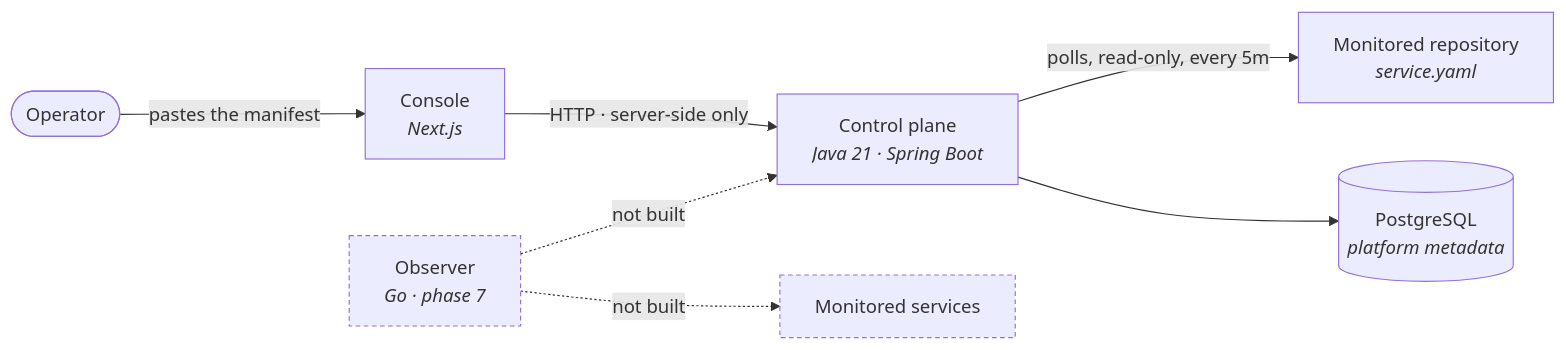
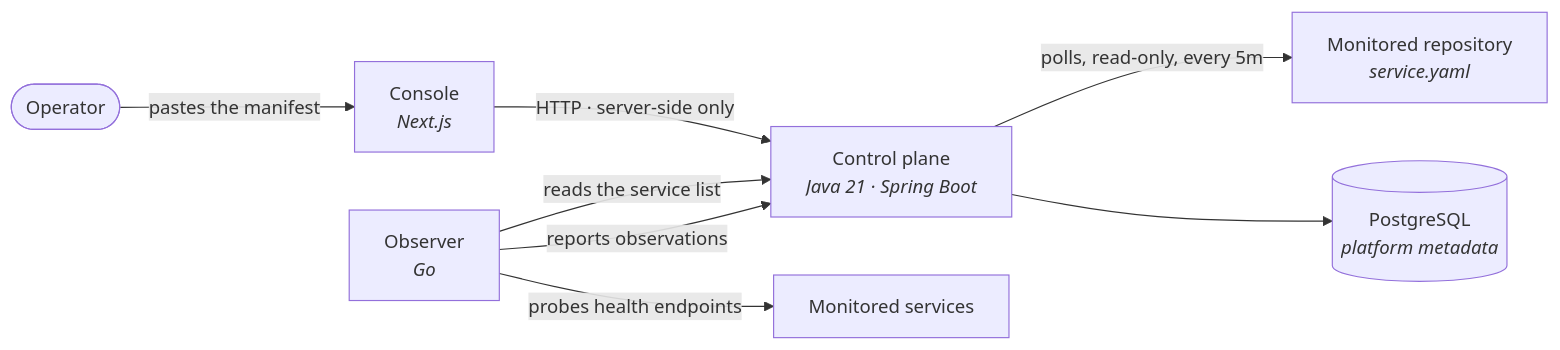
The first of 4 diagrams in docs/architecture/slice-one.md (HoseaCodes/OpsAtlas), drawn with Mermaid before and after one commit. The commit also changed other lines of this file and 27 other files, not shown here.

First line of the commit message:
feat(*): enhance service health monitoring and display

````diff
--- a/docs/architecture/slice-one.md
+++ b/docs/architecture/slice-one.md
@@ -11,21 +11,19 @@
 ```mermaid
 flowchart LR
     repo["Monitored repository<br/><i>service.yaml</i>"]
     operator(["Operator"])
     console["Console<br/><i>Next.js</i>"]
     cp["Control plane<br/><i>Java 21 · Spring Boot</i>"]
     db[("PostgreSQL<br/><i>platform metadata</i>")]
 
     operator -->|"pastes the manifest"| console
     console -->|"HTTP · server-side only"| cp
     cp -->|"polls, read-only, every 5m"| repo
     cp --> db
 
-    observer["Observer<br/><i>Go · phase 7</i>"]
+    observer["Observer<br/><i>Go</i>"]
     services["Monitored services"]
-    observer -. "not built" .-> cp
-    observer -. "not built" .-> services
-
-    style observer stroke-dasharray: 4 3
-    style services stroke-dasharray: 4 3
+    observer -->|"reads the service list"| cp
+    observer -->|"probes health endpoints"| services
+    observer -->|"reports observations"| cp
 ```
````
